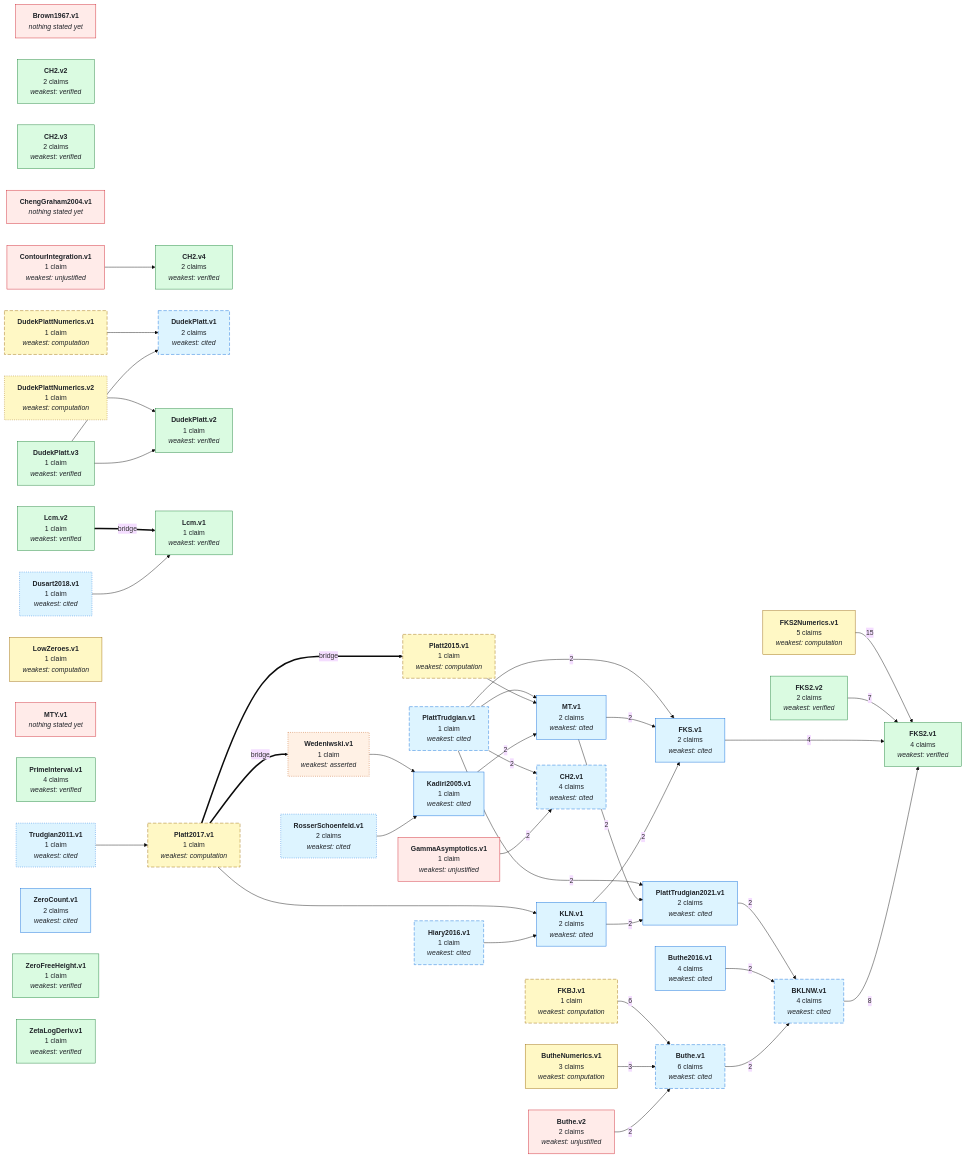
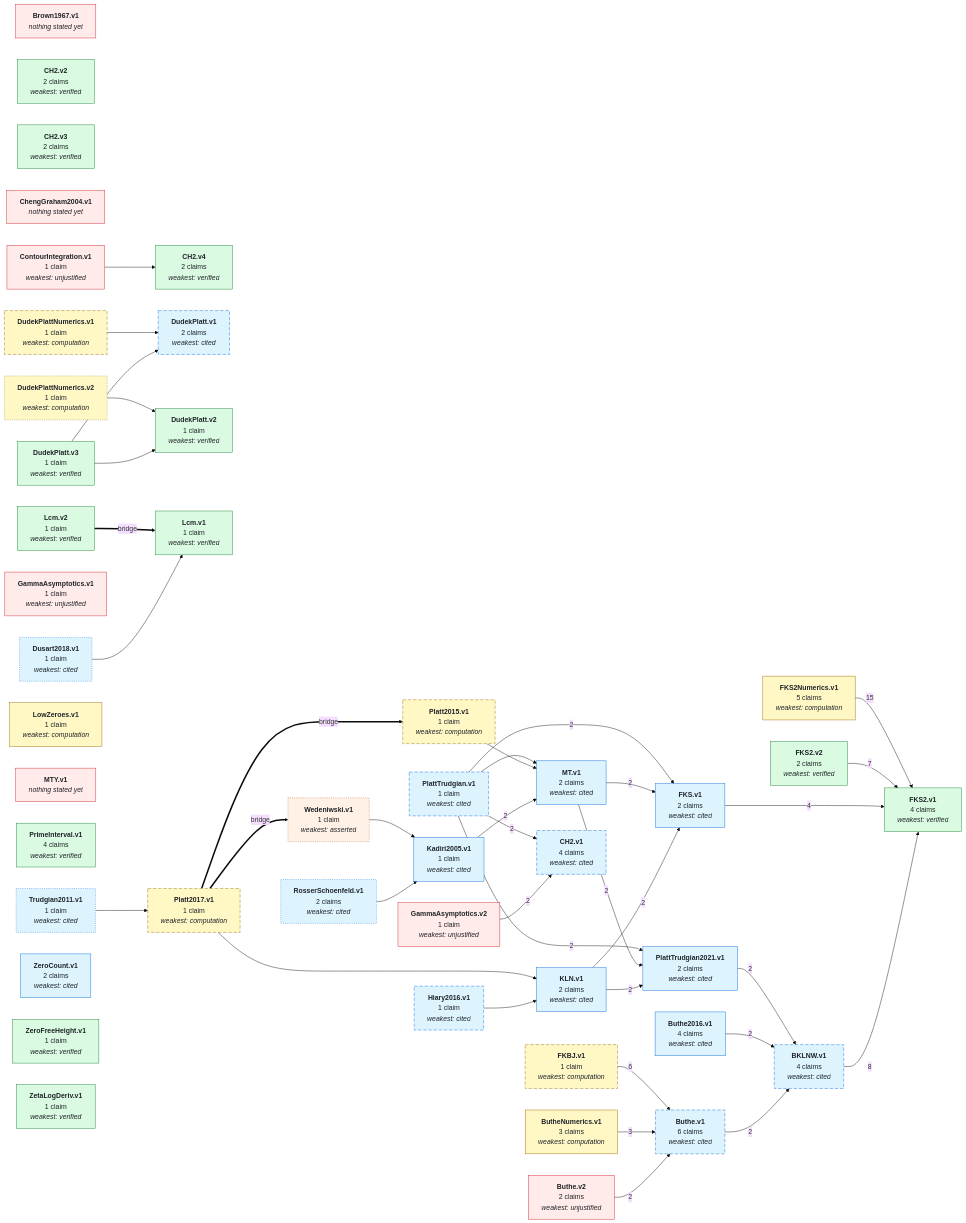
Before and after one commit to Chessing234/IEANTN: the first of 2 diagrams in GRAPH.md, drawn with Mermaid (base theme). The commit also changed other lines of this file and 13 other files, not shown here.

First line of the commit message:
GammaAsymptotics.v2: the digamma asymptotic on a strip, and why v1 was wrong to be general

```diff
--- a/GRAPH.md
+++ b/GRAPH.md
@@ -76,6 +76,7 @@
   NFKS2_v2["<b>FKS2.v2</b><br/>2 claims<br/><i>weakest: verified</i>"]
   NFKS2Numerics_v1["<b>FKS2Numerics.v1</b><br/>5 claims<br/><i>weakest: computation</i>"]
   NGammaAsymptotics_v1["<b>GammaAsymptotics.v1</b><br/>1 claim<br/><i>weakest: unjustified</i>"]
+  NGammaAsymptotics_v2["<b>GammaAsymptotics.v2</b><br/>1 claim<br/><i>weakest: unjustified</i>"]
   NHiary2016_v1["<b>Hiary2016.v1</b><br/>1 claim<br/><i>weakest: cited</i>"]
   NKLN_v1["<b>KLN.v1</b><br/>2 claims<br/><i>weakest: cited</i>"]
   NKadiri2005_v1["<b>Kadiri2005.v1</b><br/>1 claim<br/><i>weakest: cited</i>"]
@@ -110,7 +111,7 @@
   NFKS_v1 -->|4| NFKS2_v1
   NFKS2_v2 -->|7| NFKS2_v1
   NFKS2Numerics_v1 -->|15| NFKS2_v1
-  NGammaAsymptotics_v1 -->|2| NCH2_v1
+  NGammaAsymptotics_v2 -->|2| NCH2_v1
   NHiary2016_v1 --> NKLN_v1
   NKLN_v1 -->|2| NFKS_v1
   NKLN_v1 -->|2| NPlattTrudgian2021_v1
@@ -145,7 +146,7 @@
   style NRosserSchoenfeld_v1 stroke-dasharray: 2 3;
   style NTrudgian2011_v1 stroke-dasharray: 2 3;
   style NWedeniwski_v1 stroke-dasharray: 2 3;
-  class NBrown1967_v1,NButhe_v2,NChengGraham2004_v1,NContourIntegration_v1,NGammaAsymptotics_v1,NMTY_v1 none_yet;
+  class NBrown1967_v1,NButhe_v2,NChengGraham2004_v1,NContourIntegration_v1,NGammaAsymptotics_v1,NGammaAsymptotics_v2,NMTY_v1 none_yet;
   class NWedeniwski_v1 asserted;
   class NBKLNW_v1,NButhe_v1,NButhe2016_v1,NCH2_v1,NDudekPlatt_v1,NDusart2018_v1,NFKS_v1,NHiary2016_v1,NKLN_v1,NKadiri2005_v1,NMT_v1,NPlattTrudgian_v1,NPlattTrudgian2021_v1,NRosserSchoenfeld_v1,NTrudgian2011_v1,NZeroCount_v1 literature;
   class NButheNumerics_v1,NDudekPlattNumerics_v1,NDudekPlattNumerics_v2,NFKBJ_v1,NFKS2Numerics_v1,NLowZeroes_v1,NPlatt2015_v1,NPlatt2017_v1 numerical;
@@ -172,6 +173,7 @@
   click NFKS2_v2 href "https://github.com/teorth/IEANTN/blob/main/docs/nodes/FKS2-v2.md" _blank
   click NFKS2Numerics_v1 href "https://github.com/teorth/IEANTN/blob/main/docs/nodes/FKS2Numerics-v1.md" _blank
   click NGammaAsymptotics_v1 href "https://github.com/teorth/IEANTN/blob/main/docs/nodes/GammaAsymptotics-v1.md" _blank
+  click NGammaAsymptotics_v2 href "https://github.com/teorth/IEANTN/blob/main/docs/nodes/GammaAsymptotics-v2.md" _blank
   click NHiary2016_v1 href "https://github.com/teorth/IEANTN/blob/main/docs/nodes/Hiary2016-v1.md" _blank
   click NKLN_v1 href "https://github.com/teorth/IEANTN/blob/main/docs/nodes/KLN-v1.md" _blank
   click NKadiri2005_v1 href "https://github.com/teorth/IEANTN/blob/main/docs/nodes/Kadiri2005-v1.md" _blank
```
